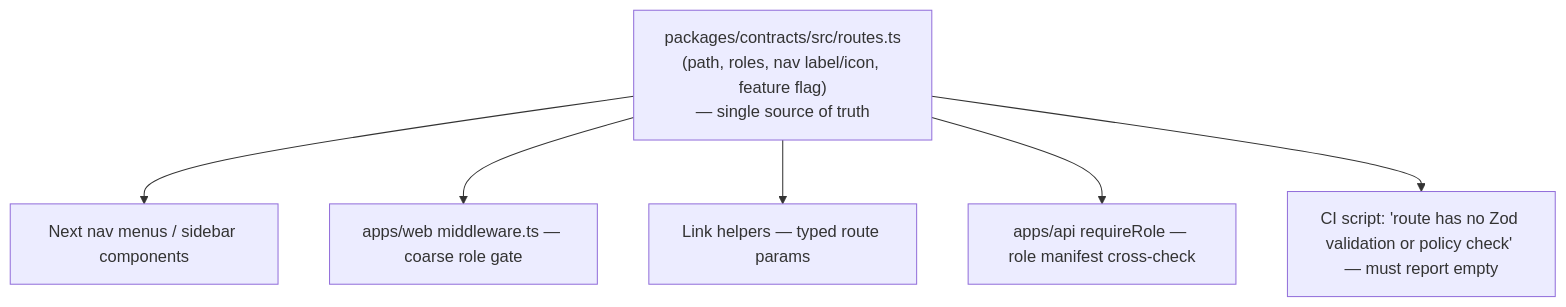
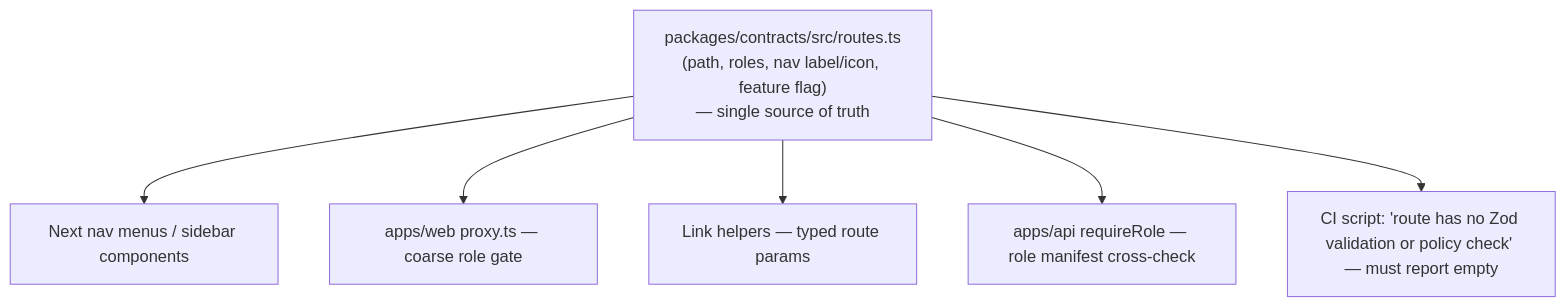
One commit to umar-ali-shaikh/Samicus changed the fourth of 4 diagrams in docs/architecture/01-target-architecture.md. Above: the diagram before and after it, drawn with Mermaid. The commit also changed other lines of this file and 156 other files, not shown here.

````diff
--- a/docs/architecture/01-target-architecture.md
+++ b/docs/architecture/01-target-architecture.md
@@ -136,9 +136,9 @@
 ```mermaid
 flowchart TD
     M["packages/contracts/src/routes.ts<br/>(path, roles, nav label/icon, feature flag)<br/>— single source of truth"]
     M --> NM[Next nav menus / sidebar components]
-    M --> MW[apps/web middleware.ts — coarse role gate]
+    M --> MW[apps/web proxy.ts — coarse role gate]
     M --> LH[Link helpers — typed route params]
     M --> RM[apps/api requireRole — role manifest cross-check]
     M --> SCRIPT["CI script: 'route has no Zod validation or policy check' — must report empty"]
 ```
````
